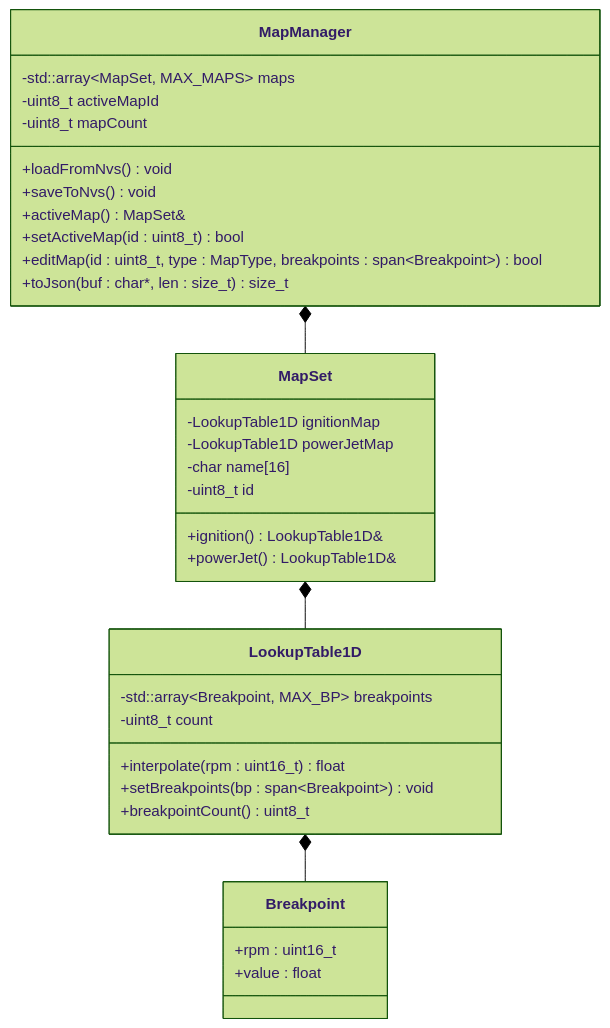
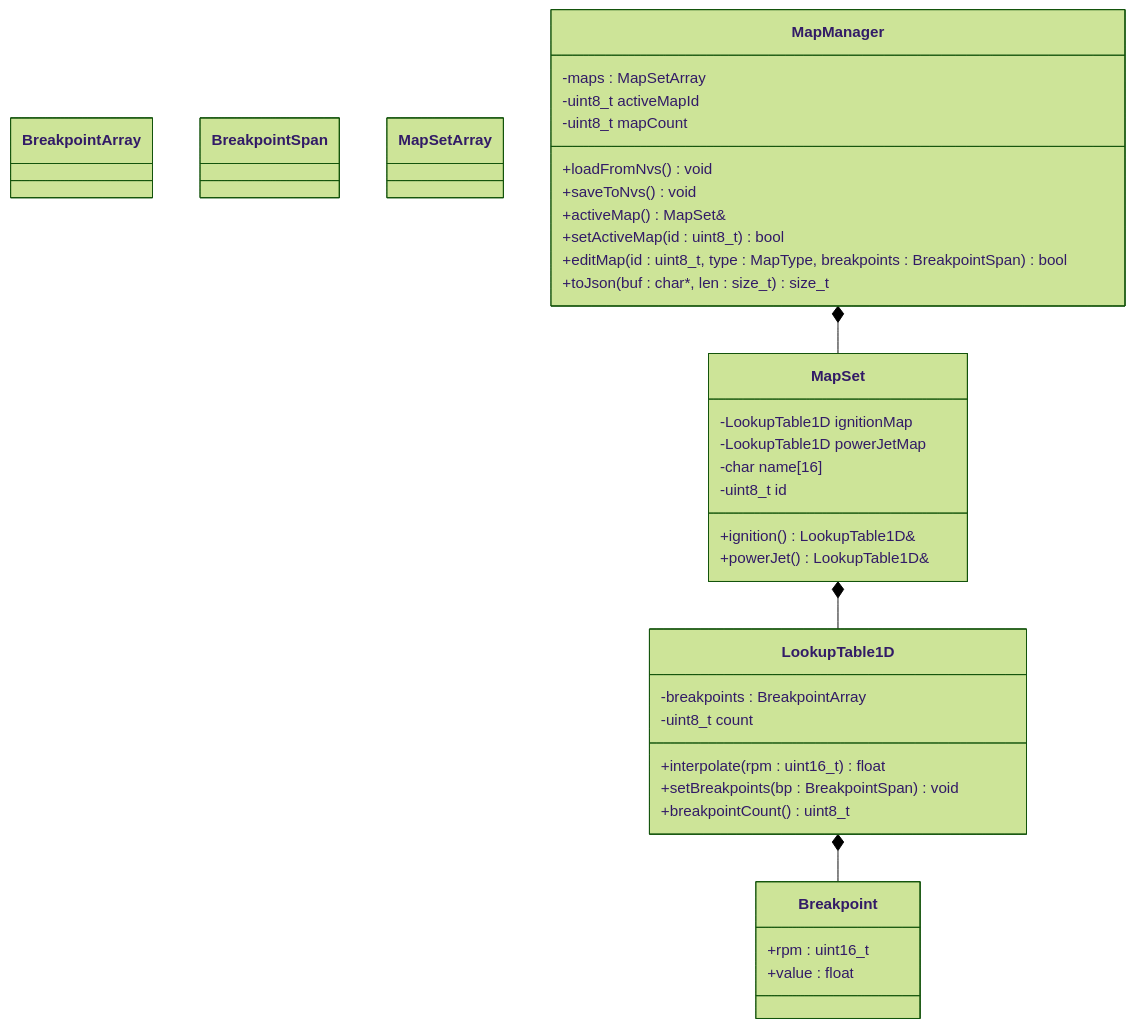
One commit to D3stan/ecu-dev-board changed the third of 6 diagrams in idf/docs/architecture.md. Above: the diagram before and after it, drawn with Mermaid (forest theme). The commit also changed other lines of this file, not shown here.

Commit message:
docs: fix 6 class diagrams (C++ ~ types->aliases e.g. BreakpointArray, span~->Span, <<POD / trivially...>> -> <<trivially_copyable>>, remove $ on handlers), convert 5 callouts, fix top file:/// links in architecture.md

````diff
--- a/idf/docs/architecture.md
+++ b/idf/docs/architecture.md
@@ -230,42 +230,47 @@
 ```mermaid
 classDiagram
     direction TB
 
+    %% Diagram-only C++ type aliases (for portable Mermaid; not present in source)
+    class BreakpointArray
+    class BreakpointSpan
+    class MapSetArray
+
     class LookupTable1D {
-        -std::array~Breakpoint, MAX_BP~ breakpoints
+        -breakpoints : BreakpointArray
         -uint8_t count
         +interpolate(rpm : uint16_t) float
-        +setBreakpoints(bp : span~Breakpoint~) void
+        +setBreakpoints(bp : BreakpointSpan) void
         +breakpointCount() uint8_t
     }
 
     class Breakpoint {
         +rpm : uint16_t
         +value : float
     }
 
     class MapSet {
         -LookupTable1D ignitionMap
         -LookupTable1D powerJetMap
         -char name[16]
         -uint8_t id
         +ignition() LookupTable1D&
         +powerJet() LookupTable1D&
     }
 
     class MapManager {
-        -std::array~MapSet, MAX_MAPS~ maps
+        -maps : MapSetArray
         -uint8_t activeMapId
         -uint8_t mapCount
         +loadFromNvs() void
         +saveToNvs() void
         +activeMap() MapSet&
         +setActiveMap(id : uint8_t) bool
-        +editMap(id : uint8_t, type : MapType, breakpoints : span~Breakpoint~) bool
+        +editMap(id : uint8_t, type : MapType, breakpoints : BreakpointSpan) bool
         +toJson(buf : char*, len : size_t) size_t
     }
 
     LookupTable1D *-- Breakpoint
     MapSet *-- LookupTable1D
     MapManager *-- MapSet
 ```
````
